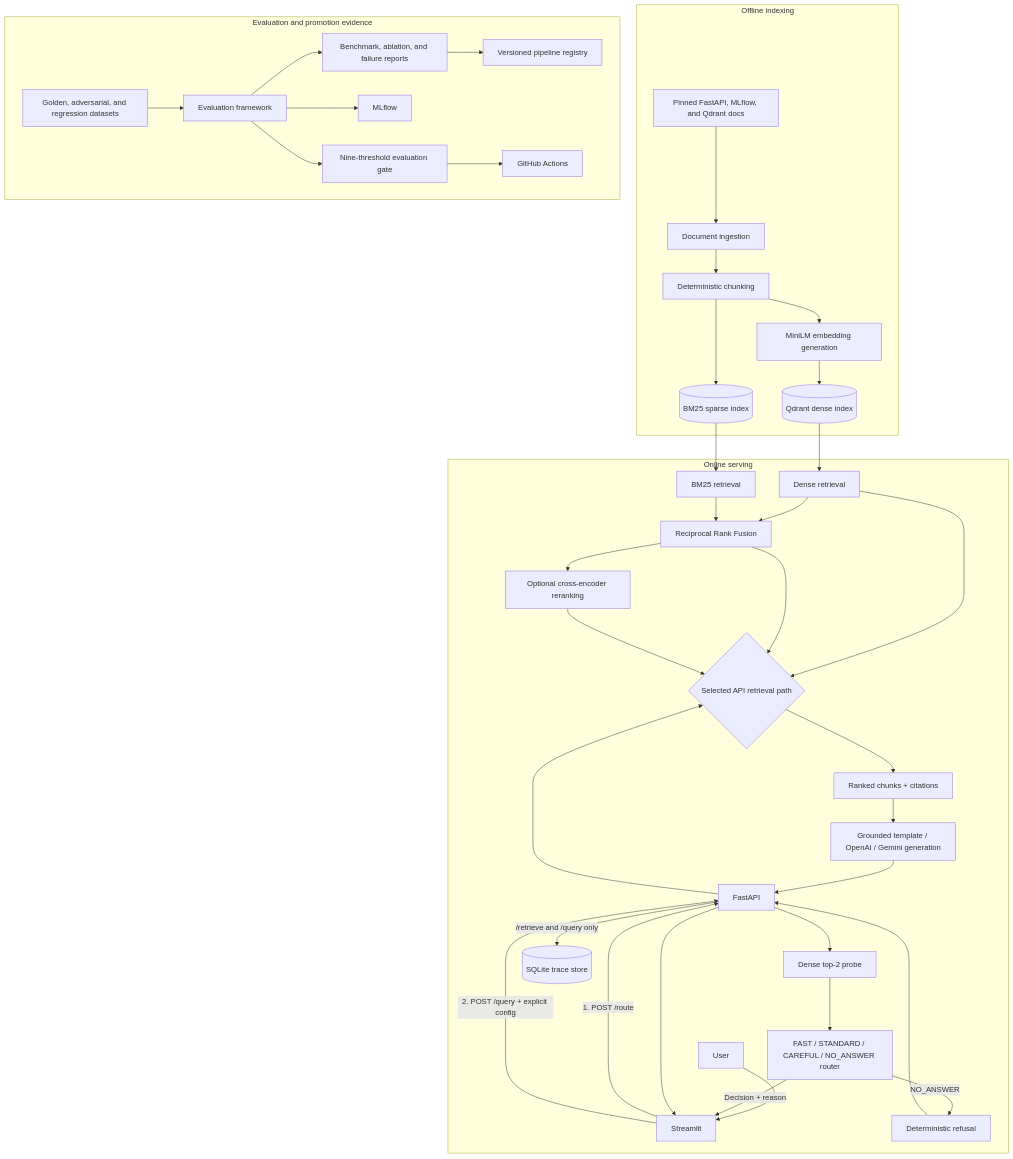
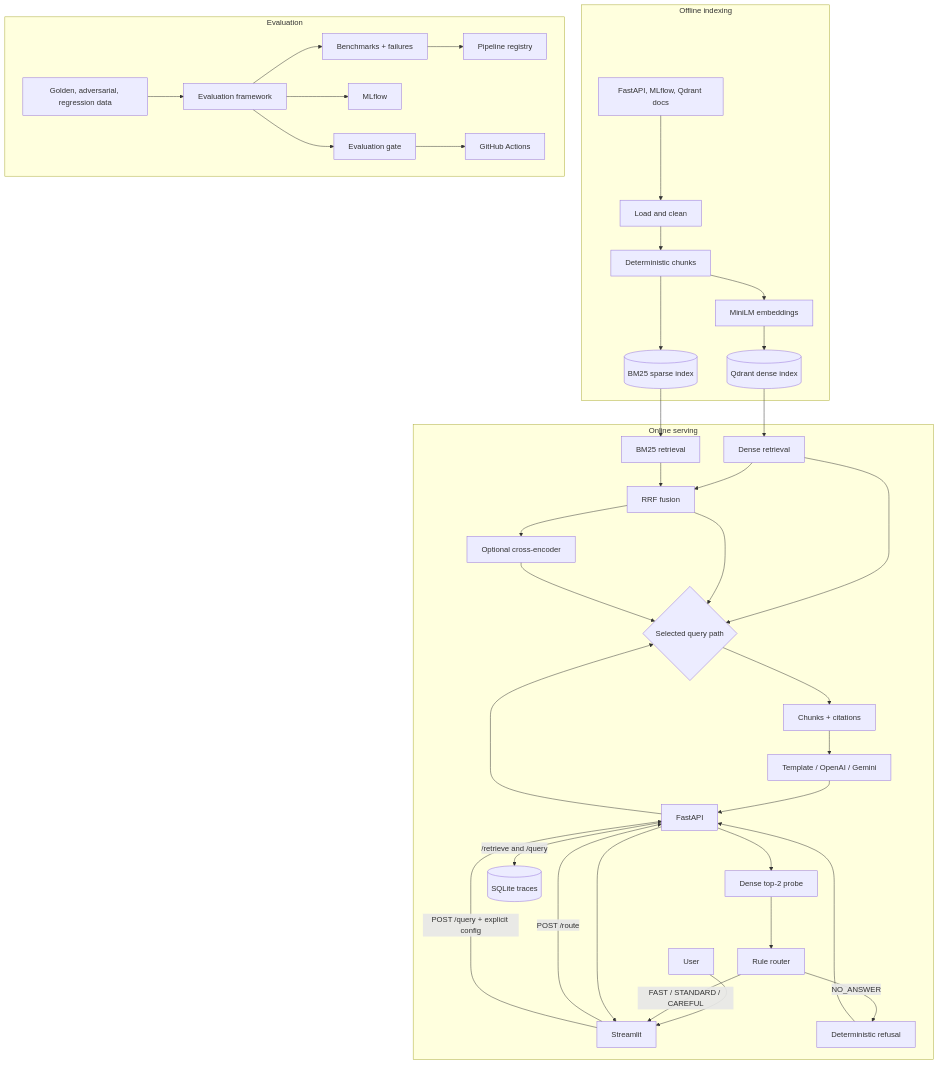
The diagram in docs/architecture.md (NeguseNegest/Ragops-Control-Plane), drawn with Mermaid before and after one commit. The commit also changed other lines of this file and 9 other files, not shown here.

````diff
--- a/docs/architecture.md
+++ b/docs/architecture.md
@@ -15,46 +5,46 @@
 ```mermaid
 flowchart TB
     subgraph Indexing["Offline indexing"]
-        Source["Pinned FastAPI, MLflow, and Qdrant docs"] --> Ingest["Document ingestion"]
-        Ingest --> Chunk["Deterministic chunking"]
-        Chunk --> Embed["MiniLM embedding generation"]
+        Docs["FastAPI, MLflow, Qdrant docs"] --> Ingest["Load and clean"]
+        Ingest --> Chunk["Deterministic chunks"]
+        Chunk --> Embed["MiniLM embeddings"]
         Embed --> Qdrant[("Qdrant dense index")]
         Chunk --> BM25[("BM25 sparse index")]
     end
 
     subgraph Serving["Online serving"]
-        User["User"] --> Dashboard["Streamlit"]
-        Dashboard -->|"1. POST /route"| FastAPI["FastAPI"]
-        FastAPI --> Probe["Dense top-2 probe"]
-        Probe --> Router["FAST / STANDARD / CAREFUL / NO_ANSWER router"]
-        Router -->|"Decision + reason"| Dashboard
+        User --> Dashboard["Streamlit"]
+        Dashboard -->|"POST /route"| API["FastAPI"]
+        API --> Probe["Dense top-2 probe"]
+        Probe --> Router["Rule router"]
         Router -->|"NO_ANSWER"| Refusal["Deterministic refusal"]
-        Dashboard -->|"2. POST /query + explicit config"| FastAPI
+        Router -->|"FAST / STANDARD / CAREFUL"| Dashboard
+        Dashboard -->|"POST /query + explicit config"| API
 
         Qdrant --> Dense["Dense retrieval"]
         BM25 --> Sparse["BM25 retrieval"]
-        Dense --> RRF["Reciprocal Rank Fusion"]
+        Dense --> RRF["RRF fusion"]
         Sparse --> RRF
-        RRF --> Rerank["Optional cross-encoder reranking"]
+        RRF --> Rerank["Optional cross-encoder"]
 
-        FastAPI --> Select{"Selected API retrieval path"}
-        Dense --> Select
-        RRF --> Select
-        Rerank --> Select
-        Select --> Evidence["Ranked chunks + citations"]
-        Evidence --> Generate["Grounded template / OpenAI / Gemini generation"]
-        Generate --> FastAPI
-        Refusal --> FastAPI
-        FastAPI -->|"/retrieve and /query only"| Trace[("SQLite trace store")]
-        FastAPI --> Dashboard
+        API --> Path{"Selected query path"}
+        Dense --> Path
+        RRF --> Path
+        Rerank --> Path
+        Path --> Evidence["Chunks + citations"]
+        Evidence --> Generate["Template / OpenAI / Gemini"]
+        Generate --> API
+        Refusal --> API
+        API -->|"/retrieve and /query"| Traces[("SQLite traces")]
+        API --> Dashboard
     end
 
-    subgraph Evaluation["Evaluation and promotion evidence"]
-        Data["Golden, adversarial, and regression datasets"] --> Framework["Evaluation framework"]
-        Framework --> Results["Benchmark, ablation, and failure reports"]
-        Framework --> MLflow["MLflow"]
-        Results --> Registry["Versioned pipeline registry"]
-        Framework --> Gate["Nine-threshold evaluation gate"]
+    subgraph Evaluation["Evaluation"]
+        Data["Golden, adversarial, regression data"] --> Eval["Evaluation framework"]
+        Eval --> Reports["Benchmarks + failures"]
+        Eval --> MLflow["MLflow"]
+        Reports --> Registry["Pipeline registry"]
+        Eval --> Gate["Evaluation gate"]
         Gate --> Actions["GitHub Actions"]
     end
 ```
````
